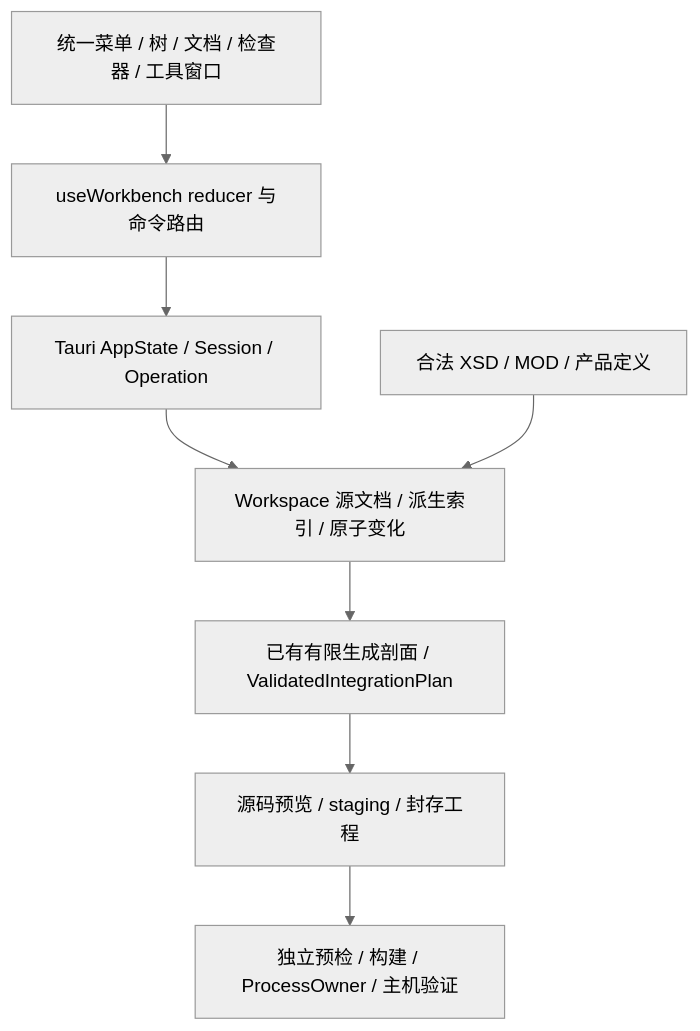
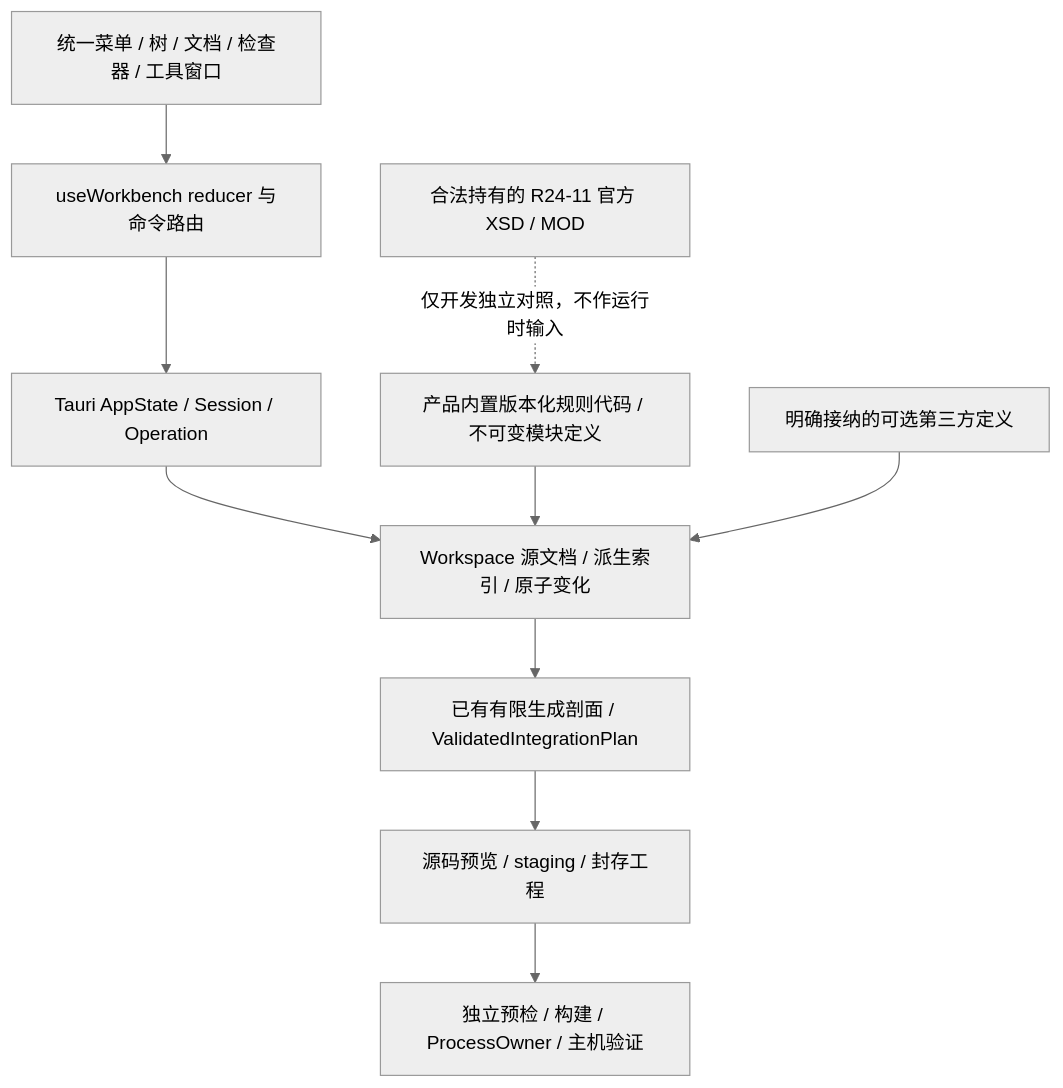
Before and after one commit to g1331/autsaro: the diagram in _bmad-output/planning-artifacts/architecture/epic-7/ARCHITECTURE-SPINE.md, drawn with Mermaid (neutral theme). The commit also changed other lines of this file and 13 other files, not shown here.

````diff
--- a/_bmad-output/planning-artifacts/architecture/epic-7/ARCHITECTURE-SPINE.md
+++ b/_bmad-output/planning-artifacts/architecture/epic-7/ARCHITECTURE-SPINE.md
@@ -26,10 +28,12 @@
 ```mermaid
 flowchart TB
   UI[统一菜单 / 树 / 文档 / 检查器 / 工具窗口] --> WB[useWorkbench reducer 与命令路由]
   WB --> IPC[Tauri AppState / Session / Operation]
   IPC --> WS[Workspace 源文档 / 派生索引 / 原子变化]
-  META[合法 XSD / MOD / 产品定义] --> WS
+  NATIVE[产品内置版本化规则代码 / 不可变模块定义] --> WS
+  EXT[明确接纳的可选第三方定义] --> WS
+  ORACLE[合法持有的 R24-11 官方 XSD / MOD] -.仅开发独立对照，不作运行时输入.-> NATIVE
   WS --> PLAN[已有有限生成剖面 / ValidatedIntegrationPlan]
   PLAN --> OUT[源码预览 / staging / 封存工程]
   OUT --> EXEC[独立预检 / 构建 / ProcessOwner / 主机验证]
 ```
````
